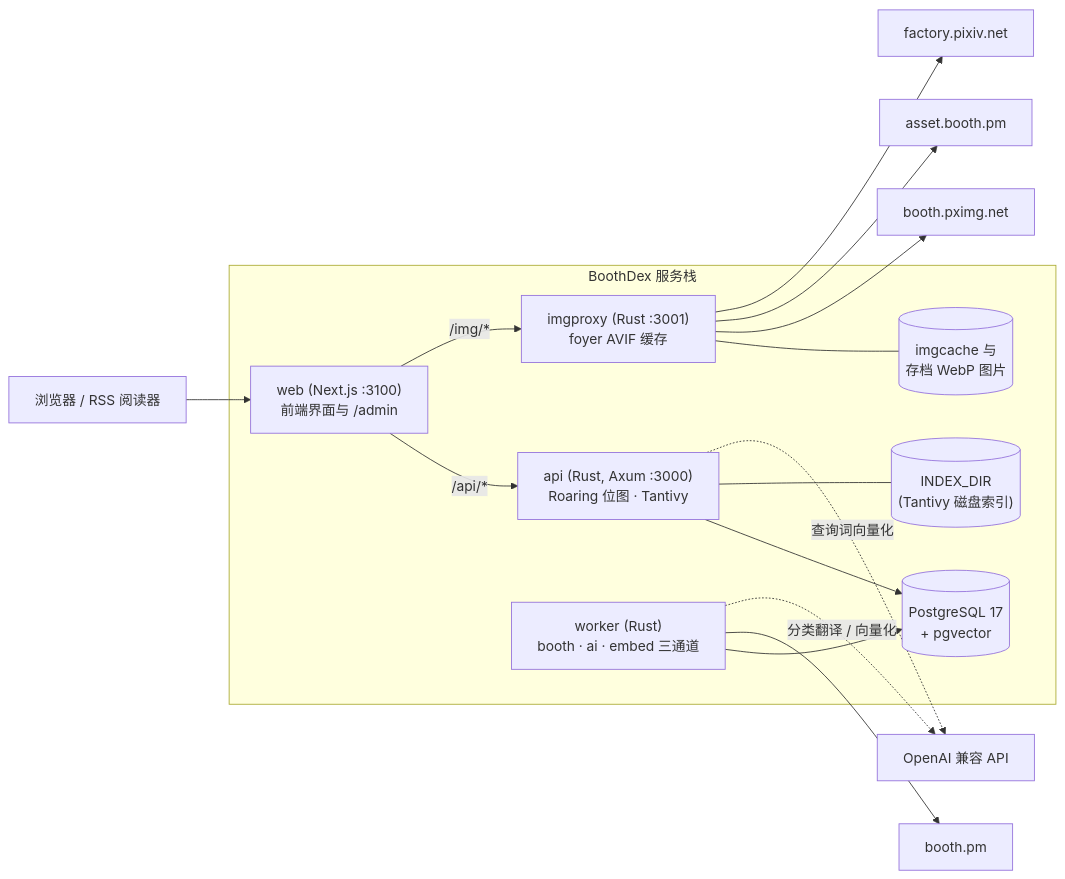
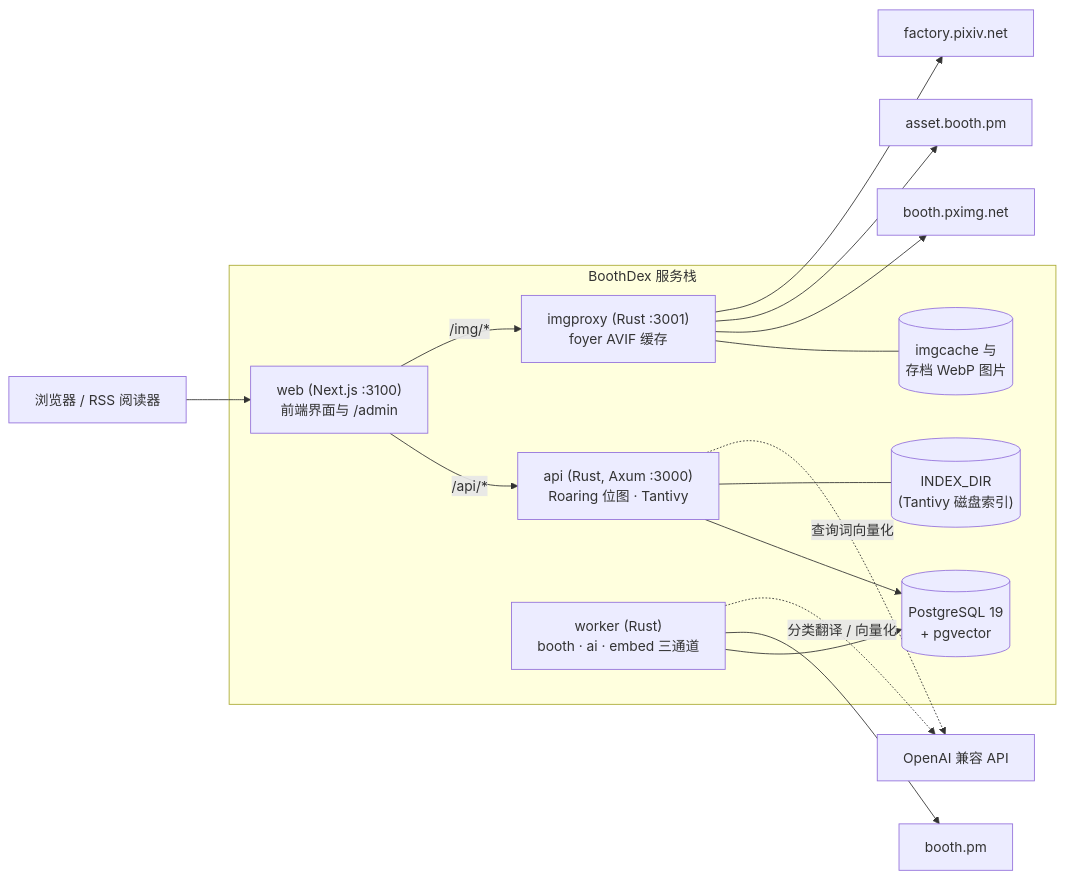
Before and after one commit to JohnsonRan/BoothDex: the first of 2 diagrams in README.zh-CN.md, drawn with Mermaid. The commit also changed other lines of this file and 3 other files, not shown here.

First line of the commit message:
docs: name PostgreSQL 19 and the bundle of 2026-11-21

````diff
--- a/README.zh-CN.md
+++ b/README.zh-CN.md
@@ -140,23 +140,23 @@
 ```mermaid
 flowchart LR
   browser["浏览器 / RSS 阅读器"] --> web["web (Next.js :3100)<br/>前端界面与 /admin"]
 
   subgraph stack["BoothDex 服务栈"]
     web -- "/api/*" --> api["api (Rust, Axum :3000)<br/>Roaring 位图 · Tantivy"]
     web -- "/img/*" --> imgproxy["imgproxy (Rust :3001)<br/>foyer AVIF 缓存"]
     worker["worker (Rust)<br/>booth · ai · embed 三通道"]
-    pg[("PostgreSQL 17<br/>+ pgvector")]
+    pg[("PostgreSQL 19<br/>+ pgvector")]
 
     api --> pg
     worker --> pg
     api --- idx[("INDEX_DIR<br/>(Tantivy 磁盘索引)")]
     imgproxy --- cache[("imgcache 与<br/>存档 WebP 图片")]
   end
 
   imgproxy --> pximg["booth.pximg.net"]
   imgproxy --> asset["asset.booth.pm"]
   imgproxy --> factory["factory.pixiv.net"]
   worker --> booth["booth.pm"]
   worker -. "分类翻译 / 向量化" .-> ai["OpenAI 兼容 API"]
   api -. "查询词向量化" .-> ai
 ```
````
